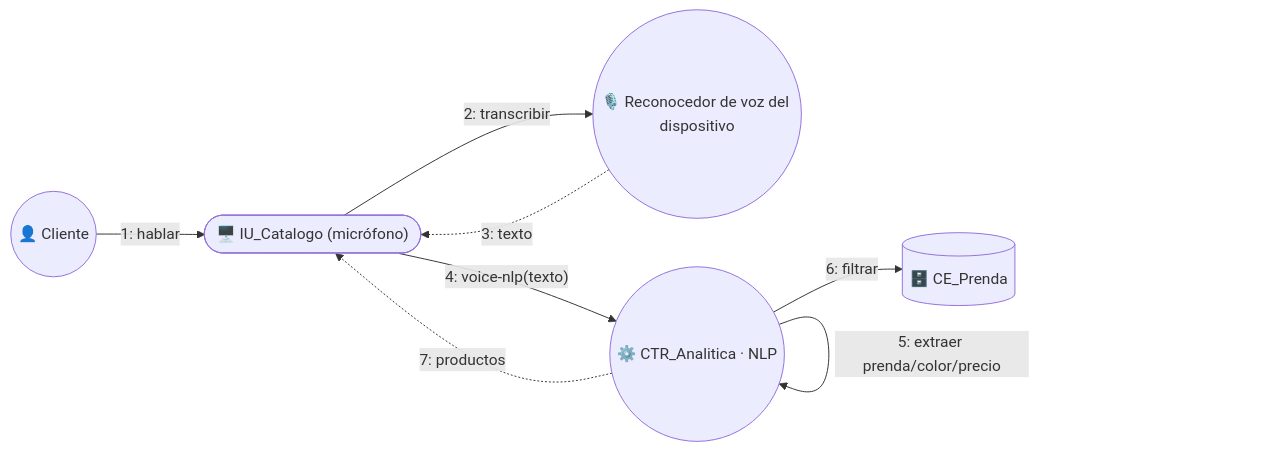
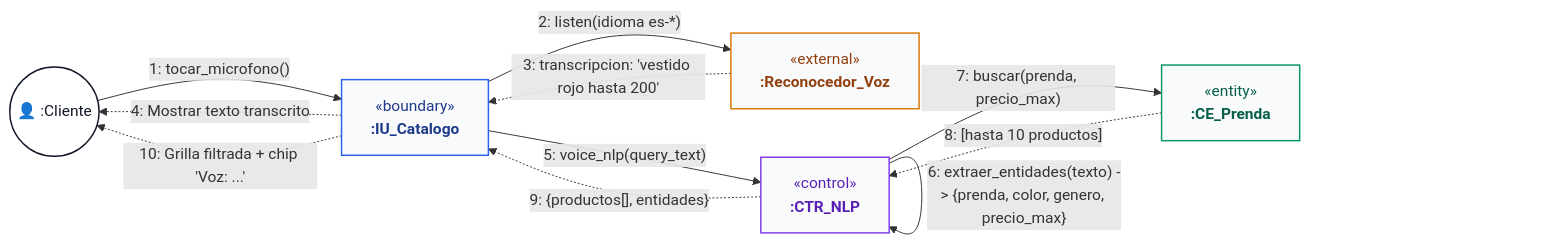
Before and after one commit to jc-larry/ecommerce: diagram 12 of 24 in documentos/Ciclo3.md, drawn with Mermaid. The commit also changed other lines of this file and 148 other files, not shown here.

````diff
--- a/documentos/Ciclo3.md
+++ b/documentos/Ciclo3.md
@@ -490,16 +690,25 @@
 ```mermaid
 flowchart LR
-    C(("👤 Cliente"))
-    IU(["🖥️ IU_Catalogo (micrófono)"])
-    STT(("🎙️ Reconocedor de voz del dispositivo"))
-    CTR(("⚙️ CTR_Analitica · NLP"))
-    CE_P[("🗄️ CE_Prenda")]
+    classDef actorStyle fill:#ffffff,stroke:#111827,stroke-width:1.5px,color:#111827;
+    classDef boundaryStyle fill:#f9fafb,stroke:#2563eb,stroke-width:1.5px,color:#1e3a8a;
+    classDef controlStyle fill:#f9fafb,stroke:#7c3aed,stroke-width:1.5px,color:#5b21b6;
+    classDef entityStyle fill:#f9fafb,stroke:#059669,stroke-width:1.5px,color:#065f46;
+    classDef externalStyle fill:#f9fafb,stroke:#d97706,stroke-width:1.5px,color:#92400e;
 
-    C -- "1: hablar" --> IU
-    IU -- "2: transcribir" --> STT
-    STT -. "3: texto" .-> IU
-    IU -- "4: voice-nlp(texto)" --> CTR
-    CTR -- "5: extraer prenda/color/precio" --> CTR
-    CTR -- "6: filtrar" --> CE_P
-    CTR -. "7: productos" .-> IU
+    C(("👤 :Cliente")):::actorStyle
+    IU["&laquo;boundary&raquo;<br/><b>:IU_Catalogo</b>"]:::boundaryStyle
+    REC["&laquo;external&raquo;<br/><b>:Reconocedor_Voz</b>"]:::externalStyle
+    CTR["&laquo;control&raquo;<br/><b>:CTR_NLP</b>"]:::controlStyle
+    CE_P["&laquo;entity&raquo;<br/><b>:CE_Prenda</b>"]:::entityStyle
+
+    C -- "1: tocar_microfono()" --> IU
+    IU -- "2: listen(idioma es-*)" --> REC
+    REC -. "3: transcripcion: 'vestido rojo hasta 200'" .-> IU
+    IU -. "4: Mostrar texto transcrito" .-> C
+    IU -- "5: voice_nlp(query_text)" --> CTR
+    CTR -- "6: extraer_entidades(texto) -> {prenda, color, genero, precio_max}" --> CTR
+    CTR -- "7: buscar(prenda, precio_max)" --> CE_P
+    CE_P -. "8: [hasta 10 productos]" .-> CTR
+    CTR -. "9: {productos[], entidades}" .-> IU
+    IU -. "10: Grilla filtrada + chip 'Voz: ...'" .-> C
 ```
````
